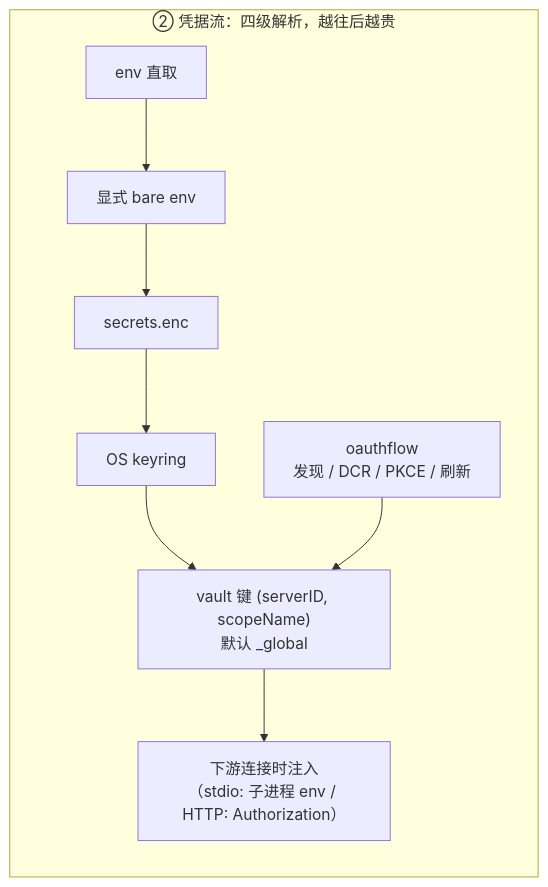
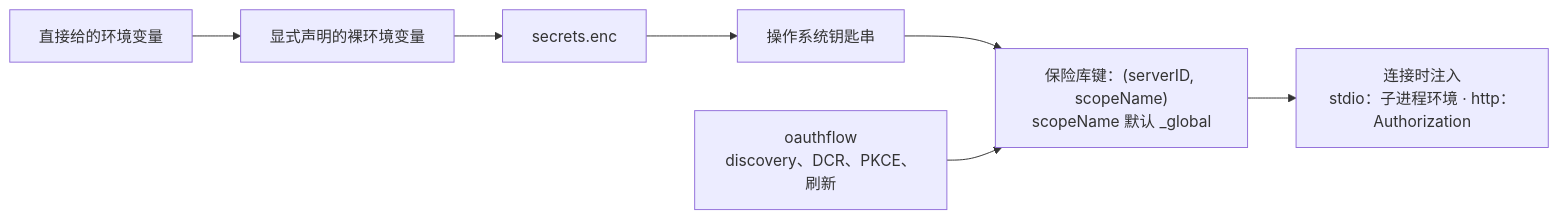
Before and after one commit to dinstein/agent-hub: the fifth of 6 diagrams in docs/zh-CN/architecture.md, drawn with Mermaid. The commit also changed other lines of this file and 90 other files, not shown here.

First line of the commit message:
docs: rewrite architecture, and cite sections by name

````diff
--- a/docs/zh-CN/architecture.md
+++ b/docs/zh-CN/architecture.md
@@ -251,9 +210,7 @@
 ```mermaid
 flowchart LR
-    subgraph cred["② 凭据流：四级解析，越往后越贵"]
-        E1["env 直取"] --> E2["显式 bare env"] --> E3["secrets.enc"] --> E4["OS keyring"]
-        E4 --> V["vault 键 (serverID, scopeName)<br/>默认 _global"]
-        V --> INJ["下游连接时注入<br/>（stdio: 子进程 env / HTTP: Authorization）"]
-        OA["oauthflow<br/>发现 / DCR / PKCE / 刷新"] --> V
-    end
+    E1["直接给的环境变量"] --> E2["显式声明的裸环境变量"] --> E3["secrets.enc"] --> E4["操作系统钥匙串"]
+    E4 --> V["保险库键：(serverID, scopeName)<br/>scopeName 默认 _global"]
+    OA["oauthflow<br/>discovery、DCR、PKCE、刷新"] --> V
+    V --> INJ["连接时注入<br/>stdio：子进程环境 · http：Authorization"]
 ```
````
